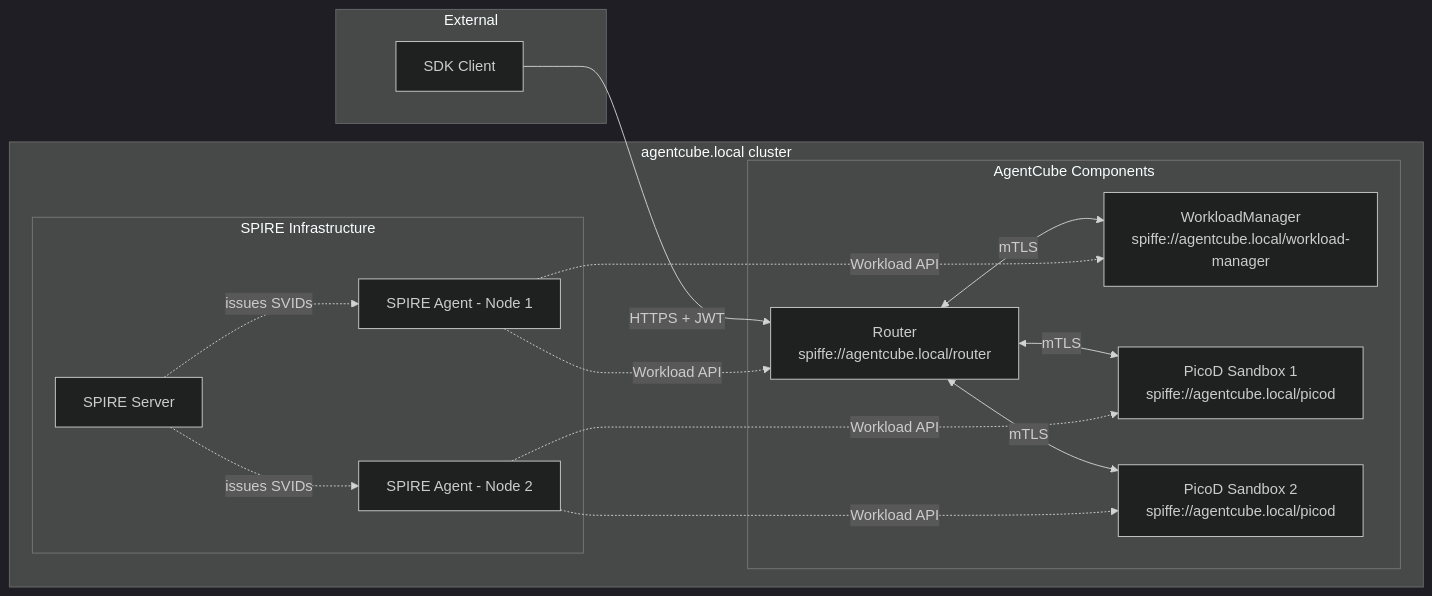
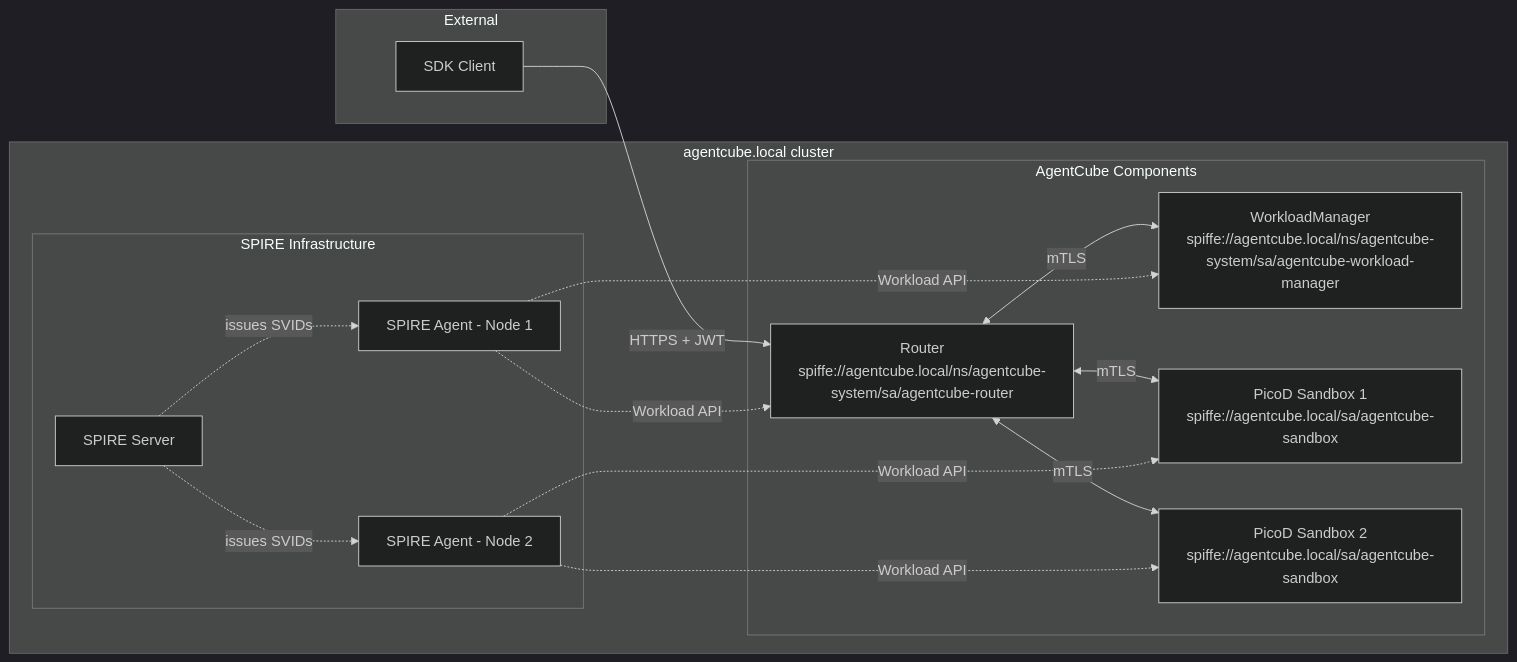
One commit to volcano-sh/agentcube changed the first of 3 diagrams in docs/design/auth-proposal.md. Above: the diagram before and after it, drawn with Mermaid (dark theme). The commit also changed other lines of this file, not shown here.

````diff
--- a/docs/design/auth-proposal.md
+++ b/docs/design/auth-proposal.md
@@ -369,33 +394,33 @@
 ```mermaid
 graph LR
     subgraph External
         SDK[SDK Client]
     end
 
     subgraph "agentcube.local cluster"
         subgraph "SPIRE Infrastructure"
             SS[SPIRE Server]
             SA1[SPIRE Agent - Node 1]
             SA2[SPIRE Agent - Node 2]
         end
 
         subgraph "AgentCube Components"
-            R["Router<br/>spiffe://agentcube.local/router"]
-            WM["WorkloadManager<br/>spiffe://agentcube.local/workload-manager"]
-            P1["PicoD Sandbox 1<br/>spiffe://agentcube.local/picod"]
-            P2["PicoD Sandbox 2<br/>spiffe://agentcube.local/picod"]
+            R["Router<br/>spiffe://agentcube.local/ns/agentcube-system/sa/agentcube-router"]
+            WM["WorkloadManager<br/>spiffe://agentcube.local/ns/agentcube-system/sa/agentcube-workload-manager"]
+            P1["PicoD Sandbox 1<br/>spiffe://agentcube.local/sa/agentcube-sandbox"]
+            P2["PicoD Sandbox 2<br/>spiffe://agentcube.local/sa/agentcube-sandbox"]
         end
     end
 
     SS -.->|issues SVIDs| SA1
     SS -.->|issues SVIDs| SA2
     SA1 -.->|Workload API| R
     SA1 -.->|Workload API| WM
     SA2 -.->|Workload API| P1
     SA2 -.->|Workload API| P2
 
     SDK -->|"HTTPS + JWT"| R
     R <-->|mTLS| WM
     R <-->|mTLS| P1
     R <-->|mTLS| P2
 ```
````
